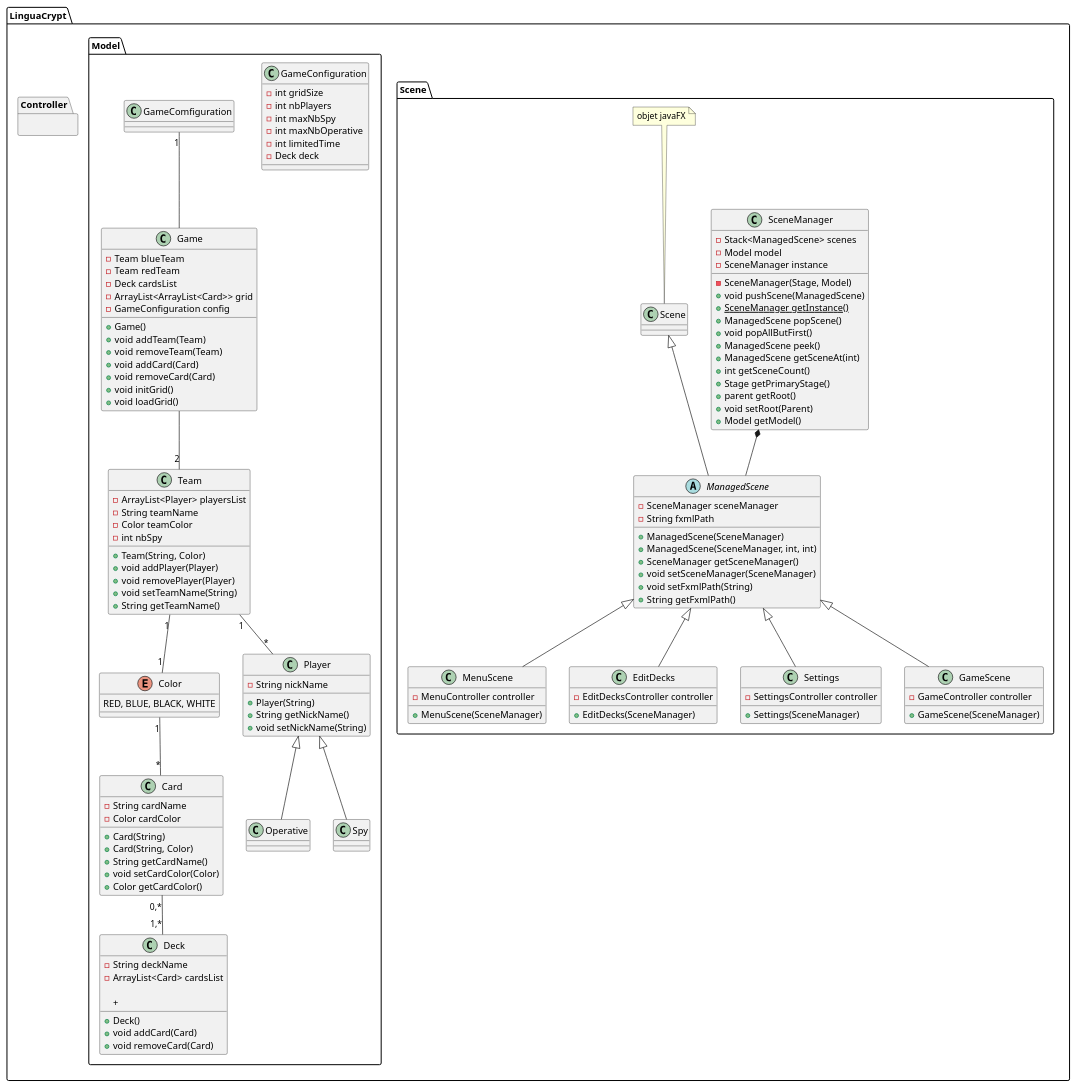
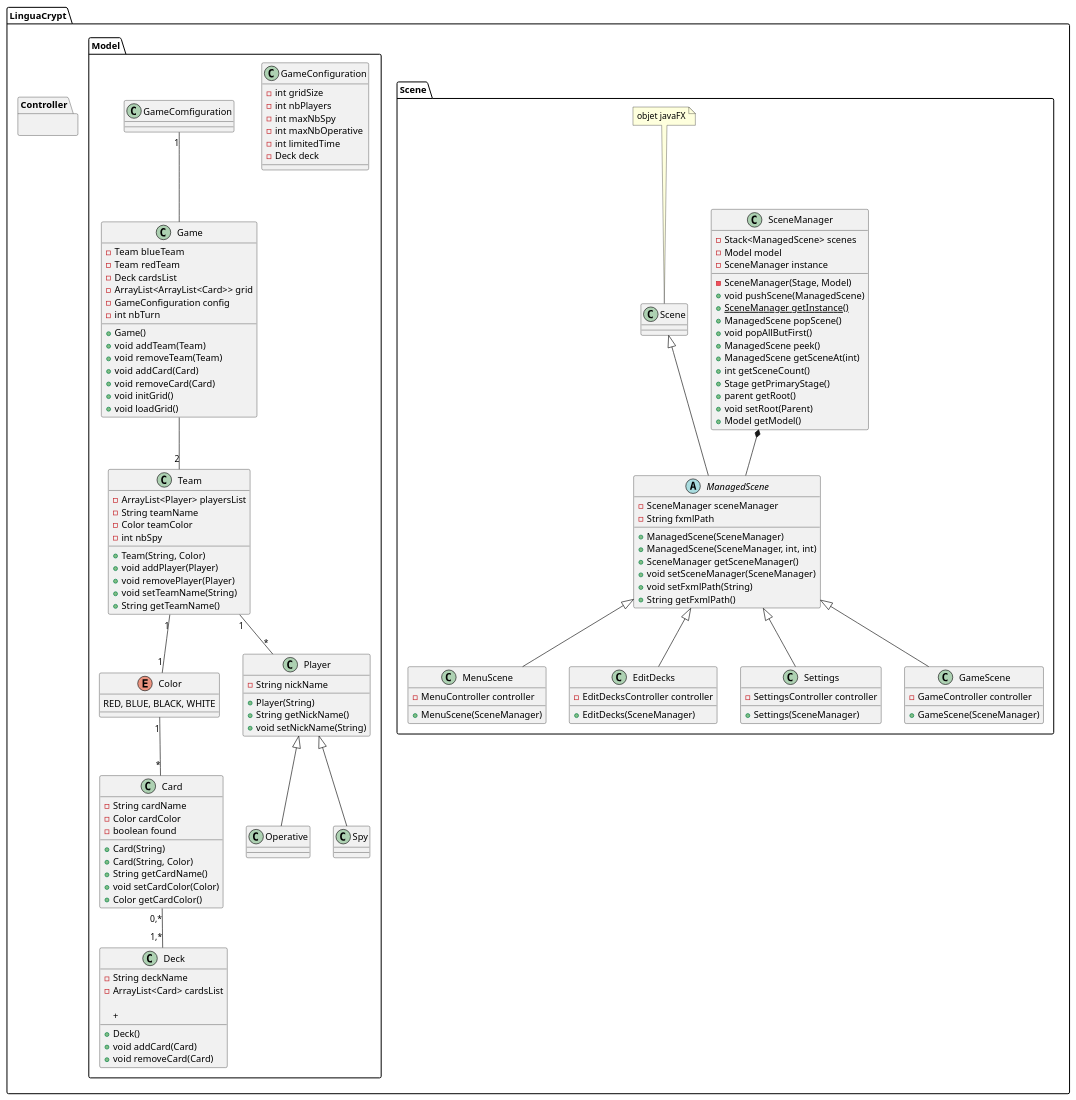
Before and after one commit to Esteban795/RetroNames: the diagram in gdp/Diagramme_De_Classe/diag_d1.plantuml, drawn with PlantUML.

```diff
--- a/gdp/Diagramme_De_Classe/diag_d1.plantuml
+++ b/gdp/Diagramme_De_Classe/diag_d1.plantuml
@@ -3,162 +3,163 @@
 @startuml
 
 package LinguaCrypt{
     package LinguaCrypt.Scene{
         class SceneManager{
             - Stack<ManagedScene> scenes
             - Model model
             - SceneManager instance
 
             - SceneManager(Stage, Model)
             + void pushScene(ManagedScene)
             + {static} SceneManager getInstance()
             + ManagedScene popScene()
             + void popAllButFirst()
             + ManagedScene peek()
             + ManagedScene getSceneAt(int)
             + int getSceneCount()
             + Stage getPrimaryStage()
             + parent getRoot()
             + void setRoot(Parent)
             + Model getModel()
         }
 
         abstract class ManagedScene extends Scene {
             - SceneManager sceneManager
             - String fxmlPath
             
             + ManagedScene(SceneManager)
             + ManagedScene(SceneManager, int, int)
             + SceneManager getSceneManager()
             + void setSceneManager(SceneManager)
             + void setFxmlPath(String)
             + String getFxmlPath()
             ' get controller ?
         }
 
         class MenuScene extends ManagedScene {
             - MenuController controller
 
             + MenuScene(SceneManager)
         }
 
         class EditDecks extends ManagedScene {
             - EditDecksController controller
 
             + EditDecks(SceneManager)
         }
 
         class Settings extends ManagedScene {
             - SettingsController controller
 
             + Settings(SceneManager)
         }
 
         class GameScene extends ManagedScene {
             - GameController controller
 
             + GameScene(SceneManager)
         }
 
     note "objet javaFX" as N1
     N1 .. Scene
     SceneManager *-- ManagedScene
 
     }
 
     package LinguaCrypt.Controller{ 
         ' un controller par scè1ne 
     }
 
     package LinguaCrypt.Model{
         enum Color{
             RED, BLUE, BLACK, WHITE
         }
 
         class Operative extends Player{}
 
         class Spy extends Player{}
 
         class Player{
             - String nickName
 
             + Player(String)
             + String getNickName()
             + void setNickName(String)
         }
         
-
         class Team{
             - ArrayList<Player> playersList
             - String teamName
             - Color teamColor
             - int nbSpy
 
 
             + Team(String, Color)
             + void addPlayer(Player)
             + void removePlayer(Player)
             + void setTeamName(String)
             + String getTeamName()
         }
 
         class Card{
             - String cardName
             - Color cardColor
+            - boolean found
 
             + Card(String)
             + Card(String, Color)
             + String getCardName()
             + void setCardColor(Color)
             + Color getCardColor()
 
         }
 
         class Deck{
             - String deckName
             - ArrayList<Card> cardsList
 
             + Deck()
             + void addCard(Card)
             + void removeCard(Card)
             + 
         }
 
         class GameConfiguration{
             - int gridSize
             - int nbPlayers
             - int maxNbSpy
             - int maxNbOperative 
             - int limitedTime /' -1 if time not limited  '/
             - Deck deck            
         }
 
         class Game{
             - Team blueTeam
             - Team redTeam
             - Deck cardsList
             - ArrayList<ArrayList<Card>> grid
             - GameConfiguration config
+            - int nbTurn
             
             + Game()
             + void addTeam(Team)
             + void removeTeam(Team)
             + void addCard(Card)
             + void removeCard(Card)
             + void initGrid()
             + void loadGrid()
         }
 
 
 
         Team "1"--"*" Player
         Team "1"--"1" Color
         Color "1"--"*" Card
         Card "0,*"--"1,*" Deck
         GameComfiguration "1"-- Game
         Game --"2" Team
 
     }
 }
 
 @enduml
```
